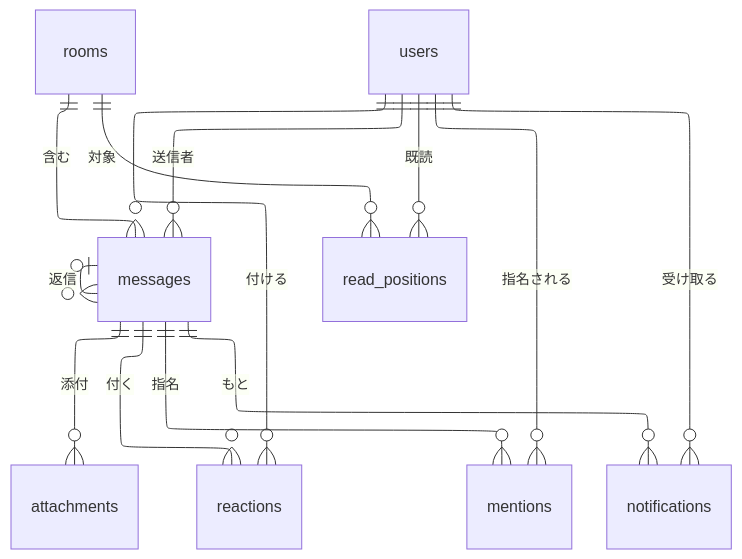
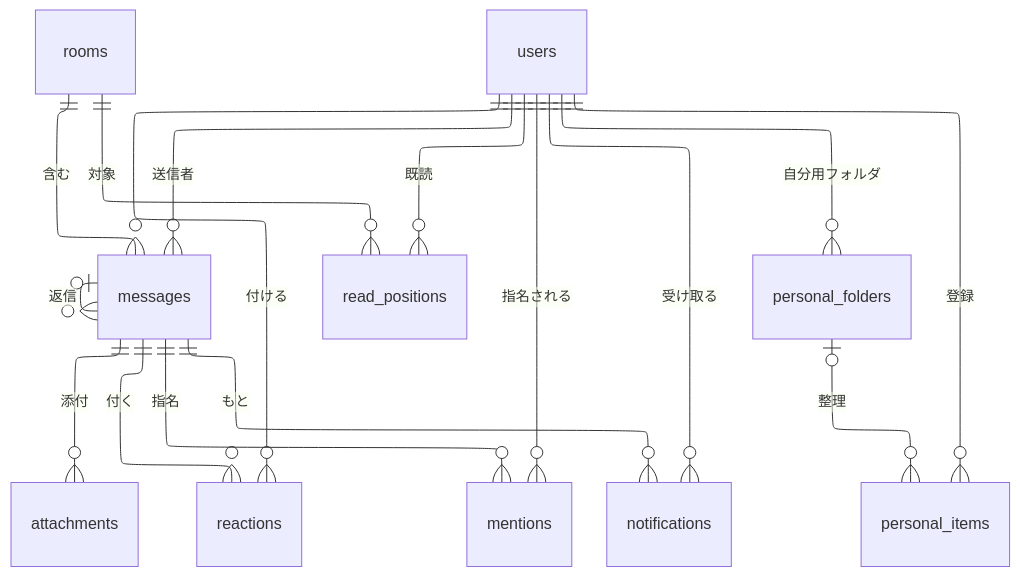
The fourth of 8 diagrams in docs/requirements/data-model.md (yamamotonaoki3/internal-system), drawn with Mermaid before and after one commit. The commit also changed other lines of this file and 9 other files, not shown here.

````diff
--- a/docs/requirements/data-model.md
+++ b/docs/requirements/data-model.md
@@ -100,19 +109,22 @@
 ```mermaid
 ---
 config:
   layout: elk
 ---
 erDiagram
     rooms ||--o{ messages : "含む"
     users ||--o{ messages : "送信者"
     messages |o--o{ messages : "返信"
     messages ||--o{ attachments : "添付"
     messages ||--o{ reactions : "付く"
     users ||--o{ reactions : "付ける"
     messages ||--o{ mentions : "指名"
     users ||--o{ mentions : "指名される"
     users ||--o{ read_positions : "既読"
     rooms ||--o{ read_positions : "対象"
     users ||--o{ notifications : "受け取る"
     messages ||--o{ notifications : "もと"
+    users ||--o{ personal_items : "登録"
+    users ||--o{ personal_folders : "自分用フォルダ"
+    personal_folders |o--o{ personal_items : "整理"
 ```
````
